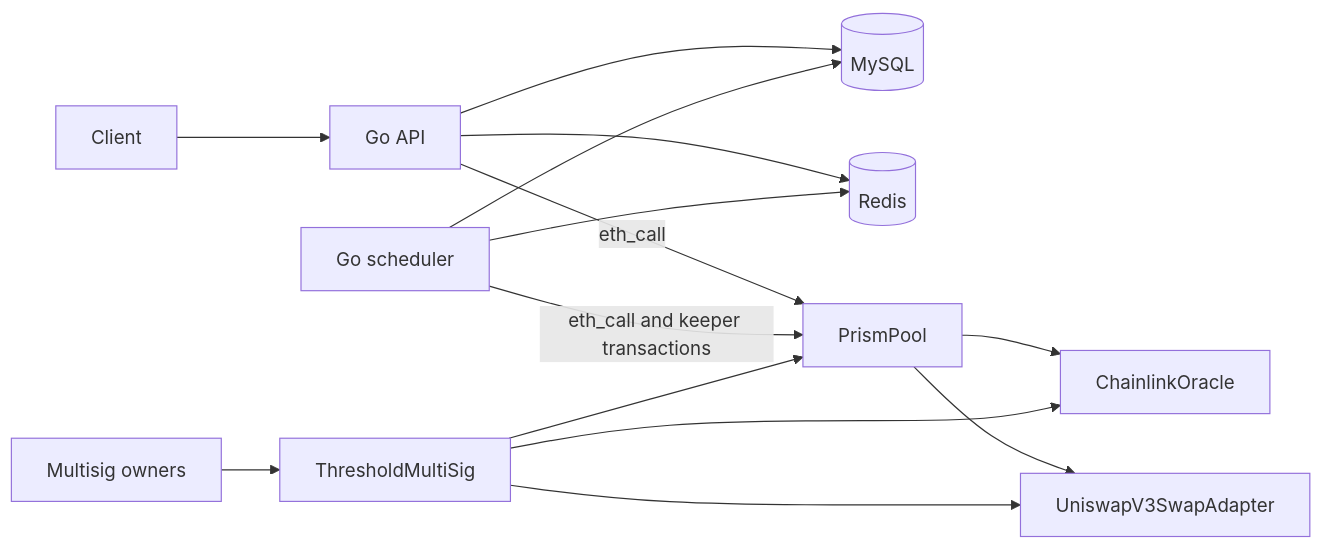
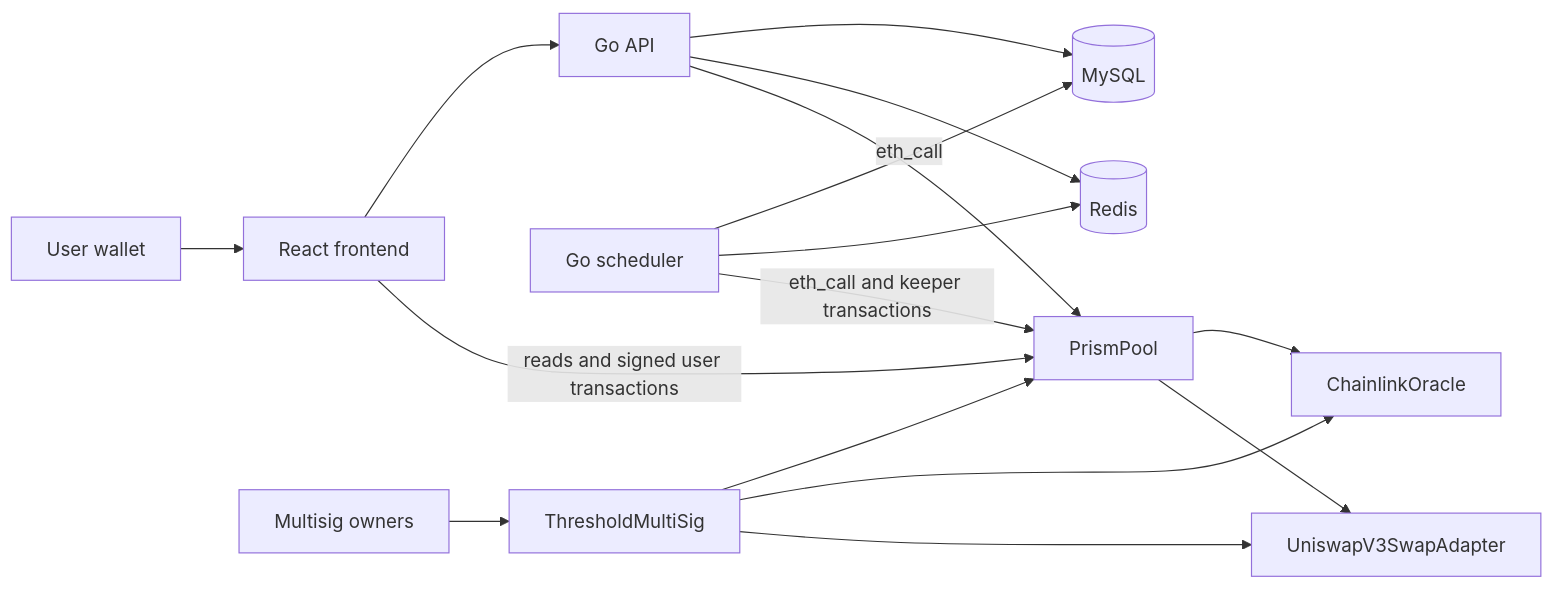
One commit to lancechuangdev/prism changed the diagram in README.md. Above: the diagram before and after it, drawn with Mermaid. The commit also changed other lines of this file, not shown here.

````diff
--- a/README.md
+++ b/README.md
@@ -14,16 +14,18 @@
 ```mermaid
 flowchart LR
-  Client --> API[Go API]
+  User[User wallet] --> Frontend[React frontend]
+  Frontend --> API[Go API]
+  Frontend -->|reads and signed user transactions| Pool[PrismPool]
   API --> MySQL[(MySQL)]
   API --> Redis[(Redis)]
   Scheduler[Go scheduler] --> MySQL
   Scheduler --> Redis
   API -->|eth_call| Pool[PrismPool]
   Scheduler -->|eth_call and keeper transactions| Pool
   Pool --> Oracle[ChainlinkOracle]
   Pool --> Swap[UniswapV3SwapAdapter]
   Owners[Multisig owners] --> Multisig[ThresholdMultiSig]
   Multisig --> Pool
   Multisig --> Oracle
   Multisig --> Swap
 ```
````
